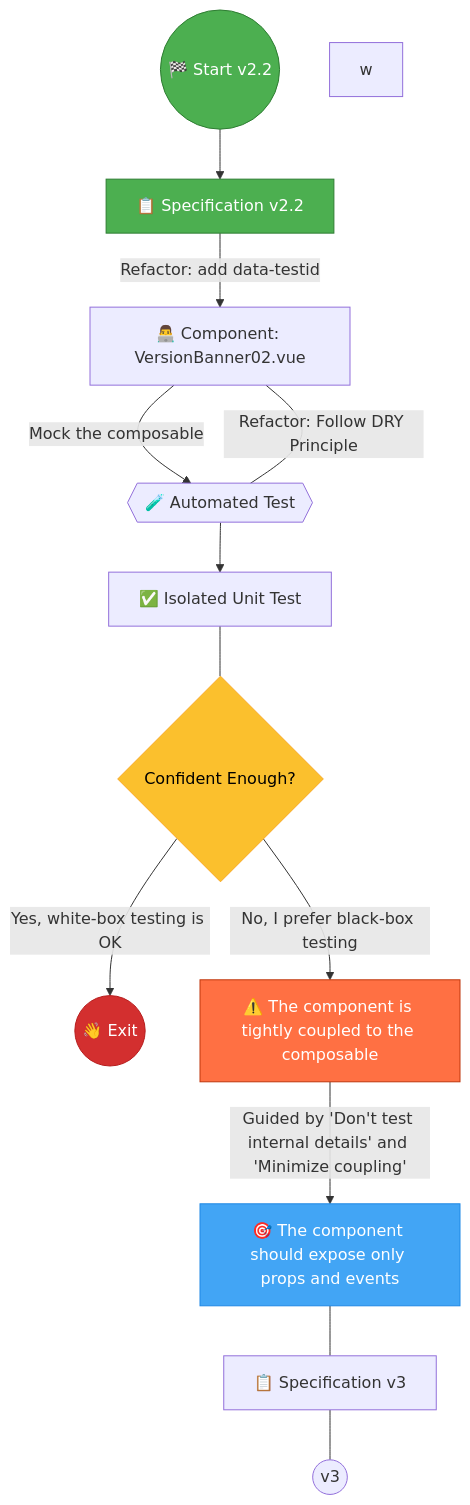
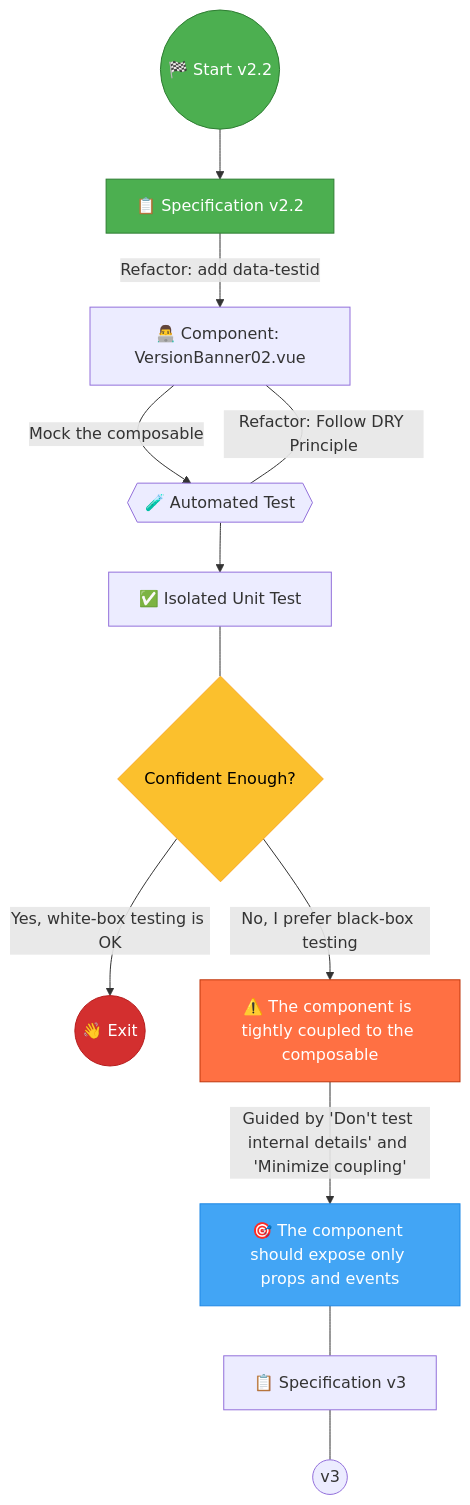
The diagram in docs/Testing a Simple Nuxt Feature - 5 - Mocking the composable (v2-2 & v2-3).md (jeromeabel/nuxt-clean-architecture), drawn with Mermaid before and after one commit.

````diff
--- a/docs/Testing a Simple Nuxt Feature - 5 - Mocking the composable (v2-2 & v2-3).md
+++ b/docs/Testing a Simple Nuxt Feature - 5 - Mocking the composable (v2-2 & v2-3).md
@@ -205,46 +205,46 @@
 ```mermaid
 graph TB
 
     %% Start
     A((🏁 Start v2.2)):::start
 
     %% Specification v2 Checklist
     B[📋 Specification v2.2]:::start
 
     %% Development Process
     C["👨‍💻 Component: VersionBanner02.vue"]
 
         %% Test
     D{{🧪 Automated Test}}
 
     E[✅ Isolated Unit Test]
     F{Confident Enough?}:::decision
     G((👋 Exit)):::exit
 
     %% Issues
     H[⚠️ The component is tightly coupled to the composable]:::issue
     I[🎯 The component should expose only props and events]:::action
 
     J[📋 Specification v3]
     K((v3))
-w
+
     %% Connections
     A --> B
     B --> | Refactor: add data-testid | C
     C --> | Mock the composable | D
     C --- | Refactor: Follow DRY Principle| D
     D --> E
     E --- F
     F --> |Yes, white-box testing is OK| G
     F --> |No, I prefer black-box testing| H
     H --> |Guided by 'Don't test internal details' and 'Minimize coupling'| I
     I --- J --- K
 
     %% Define Styles %%
     classDef start fill:#4CAF50,stroke:#2E7D32,color:#FFFFFF;
     classDef exit fill:#D32F2F,stroke:#B71C1C,color:#FFFFFF;
     classDef decision fill:#FBC02D,stroke:#F9A825,color:#000000;
     classDef issue fill:#FF7043,stroke:#BF360C,color:#FFFFFF;
     classDef action fill:#42A5F5,stroke:#1E88E5,color:#FFFFFF;
     classDef checklist fill:#E1F5FE,stroke:#0277BD,color:#000000
 ```
````
